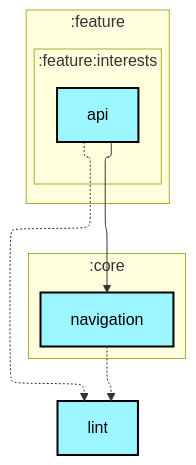
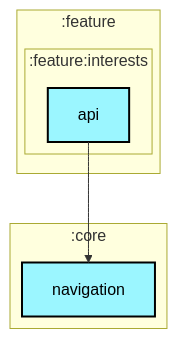
Before and after one commit to android/nowinandroid: the first of 2 diagrams in feature/interests/api/README.md, drawn with Mermaid. The commit also changed 30 other files, not shown here.

````diff
--- a/feature/interests/api/README.md
+++ b/feature/interests/api/README.md
@@ -6,32 +6,29 @@
 ```mermaid
 ---
 config:
   layout: elk
   elk:
     nodePlacementStrategy: SIMPLE
 ---
 graph TB
   subgraph :feature
     direction TB
     subgraph :feature:interests
       direction TB
       :feature:interests:api[api]:::android-library
     end
   end
   subgraph :core
     direction TB
     :core:navigation[navigation]:::android-library
   end
-  :lint[lint]:::android-library
 
-  :core:navigation -.-> :lint
   :feature:interests:api --> :core:navigation
-  :feature:interests:api -.-> :lint
 
 classDef android-application fill:#CAFFBF,stroke:#000,stroke-width:2px,color:#000;
 classDef android-feature fill:#FFD6A5,stroke:#000,stroke-width:2px,color:#000;
 classDef android-library fill:#9BF6FF,stroke:#000,stroke-width:2px,color:#000;
 classDef android-test fill:#A0C4FF,stroke:#000,stroke-width:2px,color:#000;
 classDef jvm-library fill:#BDB2FF,stroke:#000,stroke-width:2px,color:#000;
 classDef unknown fill:#FFADAD,stroke:#000,stroke-width:2px,color:#000;
 ```
````
